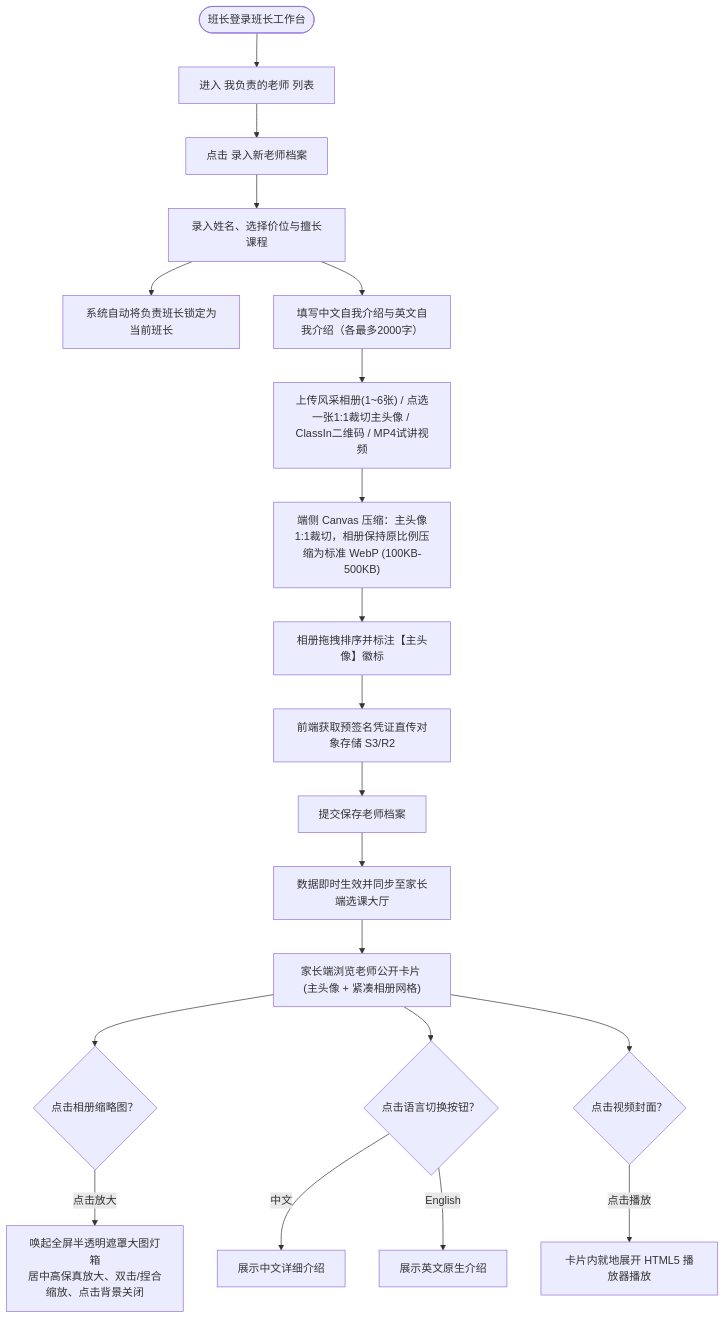
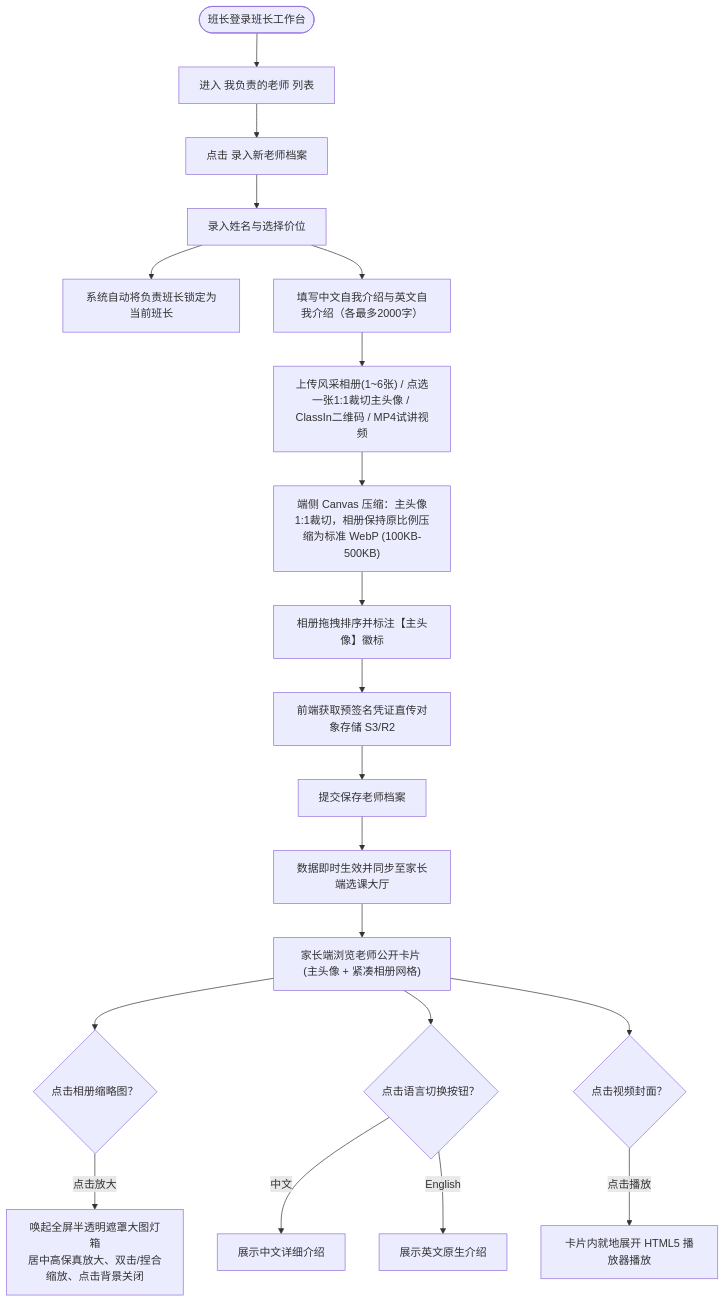
The first of 7 diagrams in docs/prd/m1b_teacher_profile.md (Onezao/dream), drawn with Mermaid before and after one commit. The commit also changed other lines of this file and 15 other files, not shown here.

````diff
--- a/docs/prd/m1b_teacher_profile.md
+++ b/docs/prd/m1b_teacher_profile.md
@@ -51,29 +51,29 @@
 ```mermaid
 flowchart TD
     Start(["班长登录班长工作台"]) --> NavTeacher["进入 我负责的老师 列表"]
     NavTeacher --> ClickCreate["点击 录入新老师档案"]
     
-    ClickCreate --> InputBase["录入姓名、选择价位与擅长课程"]
+    ClickCreate --> InputBase["录入姓名与选择价位"]
     InputBase --> AutoBind["系统自动将负责班长锁定为当前班长"]
     InputBase --> InputBio["填写中文自我介绍与英文自我介绍（各最多2000字）"]
     
     InputBio --> UploadMedia["上传风采相册(1~6张) / 点选一张1:1裁切主头像 / ClassIn二维码 / MP4试讲视频"]
     UploadMedia --> ClientCrop["端侧 Canvas 压缩：主头像1:1裁切，相册保持原比例压缩为标准 WebP (100KB-500KB)"]
     ClientCrop --> ReorderPhotos["相册拖拽排序并标注【主头像】徽标"]
     ReorderPhotos --> PresignedDirect["前端获取预签名凭证直传对象存储 S3/R2"]
     PresignedDirect --> SaveProfile["提交保存老师档案"]
     
     SaveProfile --> PublicPublish["数据即时生效并同步至家长端选课大厅"]
     
     PublicPublish --> ParentView["家长端浏览老师公开卡片 (主头像 + 紧凑相册网格)"]
     
     ParentView --> ClickPhoto{"点击相册缩略图？"}
     ClickPhoto -->|"点击放大"| LightboxModal["唤起全屏半透明遮罩大图灯箱\n居中高保真放大、双击/捏合缩放、点击背景关闭"]
     
     ParentView --> SwitchLang{"点击语言切换按钮？"}
     SwitchLang -->|"中文"| ShowZh["展示中文详细介绍"]
     SwitchLang -->|"English"| ShowEn["展示英文原生介绍"]
     
     ParentView --> ClickVideo{"点击视频封面？"}
     ClickVideo -->|"点击播放"| InPlacePlay["卡片内就地展开 HTML5 播放器播放"]
 ```
````
